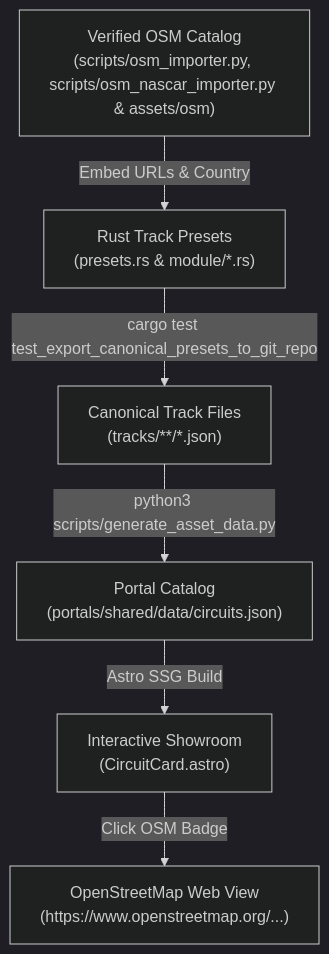
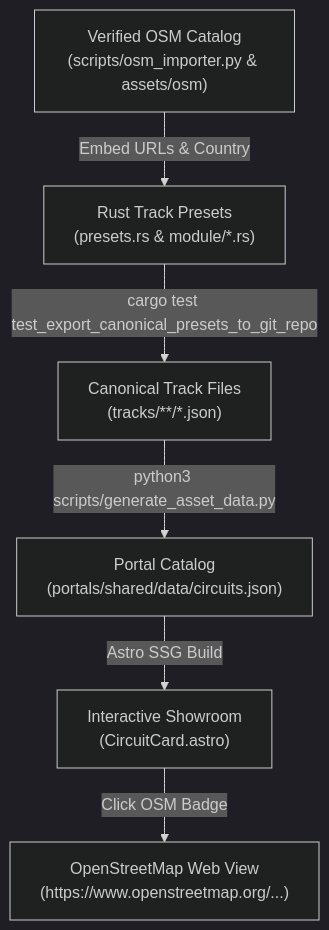
Before and after one commit to magomar/tdrace: the diagram in specs/021_authentic_openstreetmap_references_and_circuit_provenance.md, drawn with Mermaid (dark theme). The commit also changed other lines of this file and 5 other files, not shown here.

First line of the commit message:
feat(osm): fold Eldora, Iowa and Road America into osm_importer.py nascar (tdrace-8lhy)

````diff
--- a/specs/021_authentic_openstreetmap_references_and_circuit_provenance.md
+++ b/specs/021_authentic_openstreetmap_references_and_circuit_provenance.md
@@ -47,8 +47,8 @@
 ```mermaid
 flowchart TD
-    A["Verified OSM Catalog<br/>(scripts/osm_importer.py, scripts/osm_nascar_importer.py & assets/osm)"] -->|Embed URLs & Country| B["Rust Track Presets<br/>(presets.rs & module/*.rs)"]
+    A["Verified OSM Catalog<br/>(scripts/osm_importer.py & assets/osm)"] -->|Embed URLs & Country| B["Rust Track Presets<br/>(presets.rs & module/*.rs)"]
     B -->|cargo test test_export_canonical_presets_to_git_repo| C["Canonical Track Files<br/>(tracks/**/*.json)"]
     C -->|python3 scripts/generate_asset_data.py| D["Portal Catalog<br/>(portals/shared/data/circuits.json)"]
     D -->|Astro SSG Build| E["Interactive Showroom<br/>(CircuitCard.astro)"]
     E -->|Click OSM Badge| F["OpenStreetMap Web View<br/>(https://www.openstreetmap.org/...)"]
 ```
````
